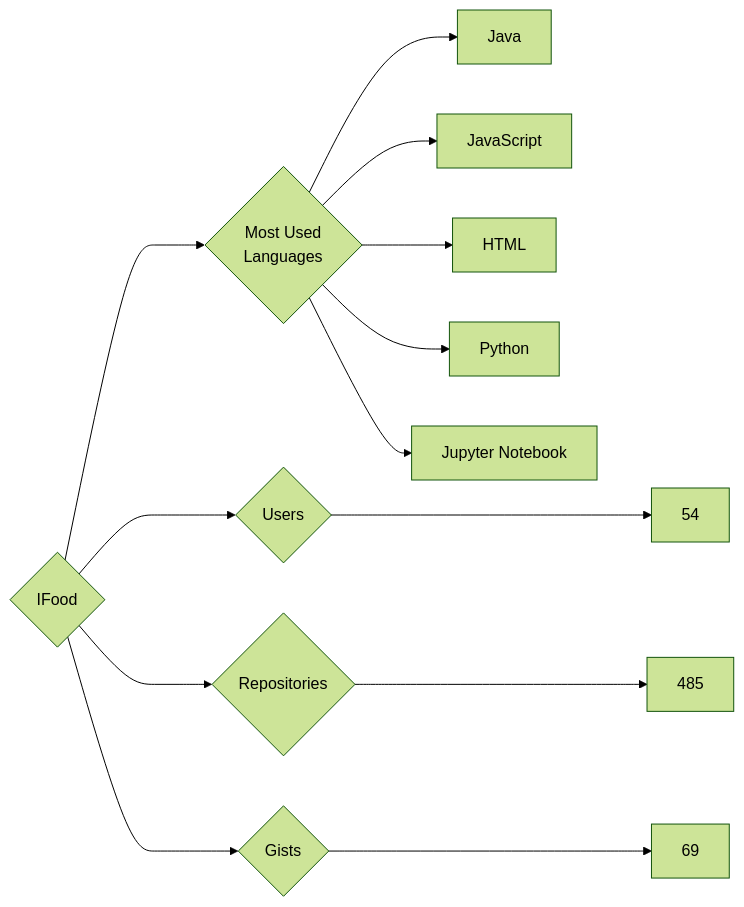
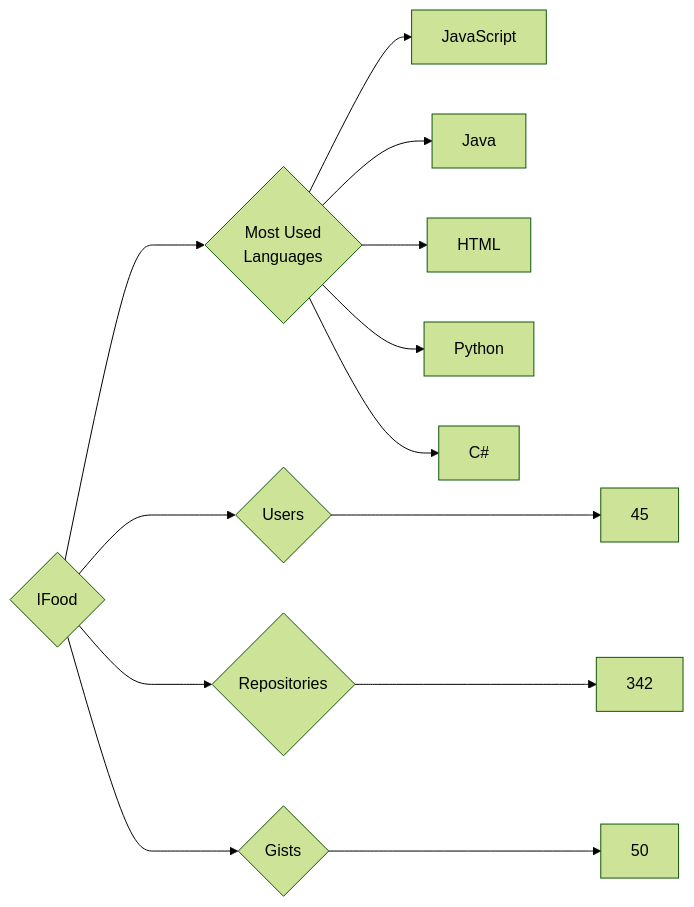
The diagram in targets/IFood/README.md (trickest/insiders), drawn with Mermaid (forest theme) before and after one commit. The commit also changed 837 other files, not shown here.

````diff
--- a/targets/IFood/README.md
+++ b/targets/IFood/README.md
@@ -3,13 +3,13 @@
 ```mermaid
 graph LR
 COMPANY_NAME{IFood}
-COMPANY_NAME ---> U{Users} ---> UN[54]
-COMPANY_NAME ---> R{Repositories} ---> RN[485]
-COMPANY_NAME ---> G{Gists} ---> GN[69]
+COMPANY_NAME ---> U{Users} ---> UN[45]
+COMPANY_NAME ---> R{Repositories} ---> RN[342]
+COMPANY_NAME ---> G{Gists} ---> GN[50]
 COMPANY_NAME ---> ML{Most Used<br>Languages}
+ML --> JavaScript[JavaScript]
 ML --> Java[Java]
-ML --> JavaScript[JavaScript]
 ML --> HTML[HTML]
 ML --> Python[Python]
-ML --> Jupyter_Notebook[Jupyter Notebook]
+ML --> C#[C#]
 ```
````
